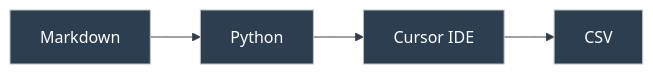
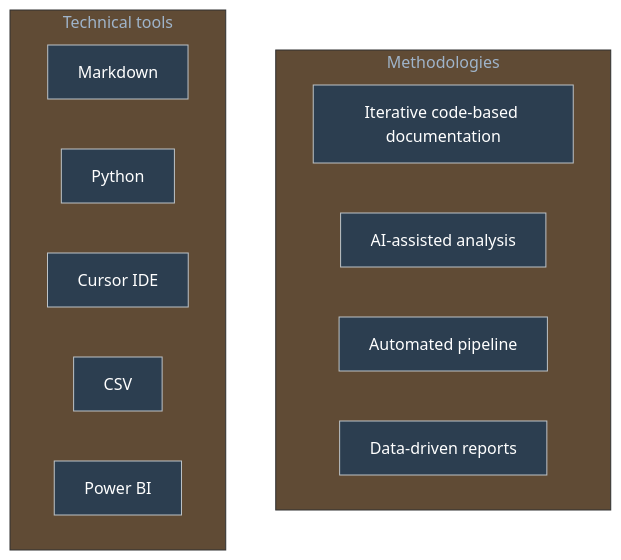
Before and after one commit to duducm2/my-personal-repo: the third of 13 diagrams in portfolio/mermaid/diagrams.md, drawn with Mermaid. The commit also changed other lines of this file, not shown here.

Commit message:
Update academic qualifications in Mermaid diagram to reflect correct degree title and enhance methodology and tools sections with subgraphs for better organization and clarity.

````diff
--- a/portfolio/mermaid/diagrams.md
+++ b/portfolio/mermaid/diagrams.md
@@ -55,9 +55,17 @@
 ```mermaid
 %%{init: {'theme': 'base', 'themeVariables': { 'primaryColor': '#2c3e50', 'primaryTextColor': '#fff', 'primaryBorderColor': '#bdc3c7', 'lineColor': '#2c3e50', 'fontFamily': 'Lato'}}}%%
-flowchart LR
-  A["Markdown"]
-  B["Python"]
-  C["Cursor IDE"]
-  D["CSV"]
-  A --> B --> C --> D
+flowchart TB
+  subgraph methodologies [Methodologies]
+    M1["Iterative code-based documentation"]
+    M2["AI-assisted analysis"]
+    M3["Automated pipeline"]
+    M4["Data-driven reports"]
+  end
+  subgraph tools [Technical tools]
+    T1["Markdown"]
+    T2["Python"]
+    T3["Cursor IDE"]
+    T4["CSV"]
+    T5["Power BI"]
+  end
 ```
````
